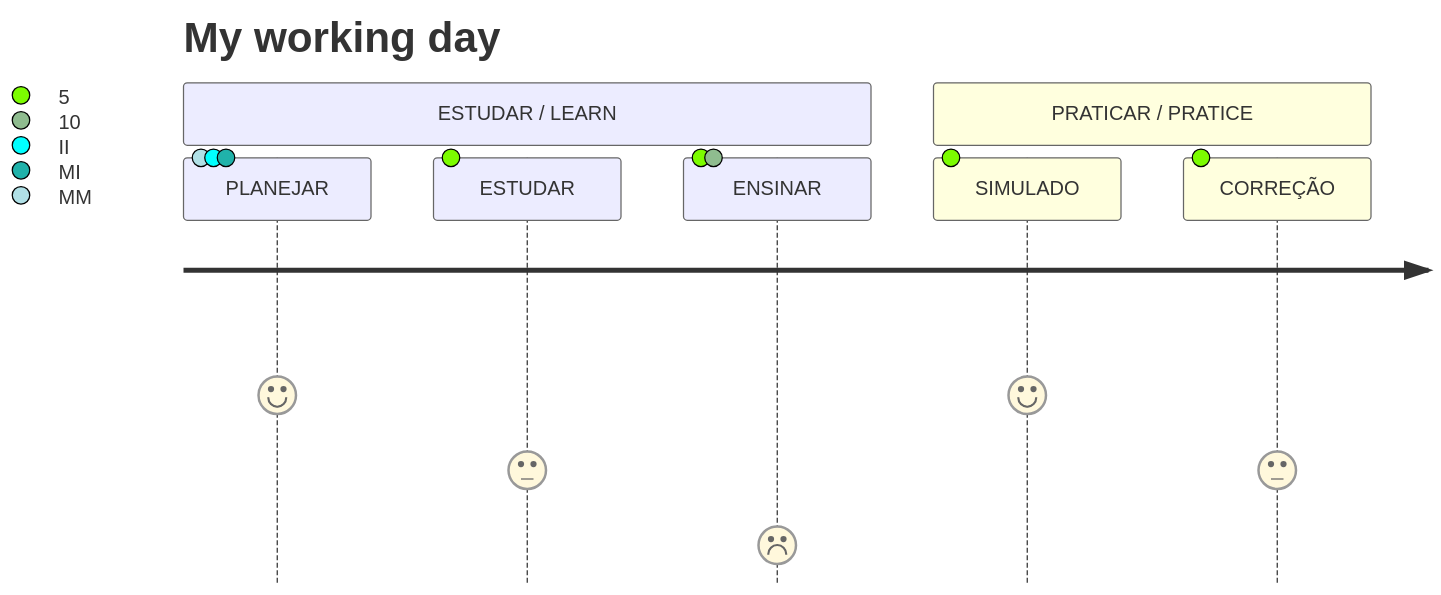
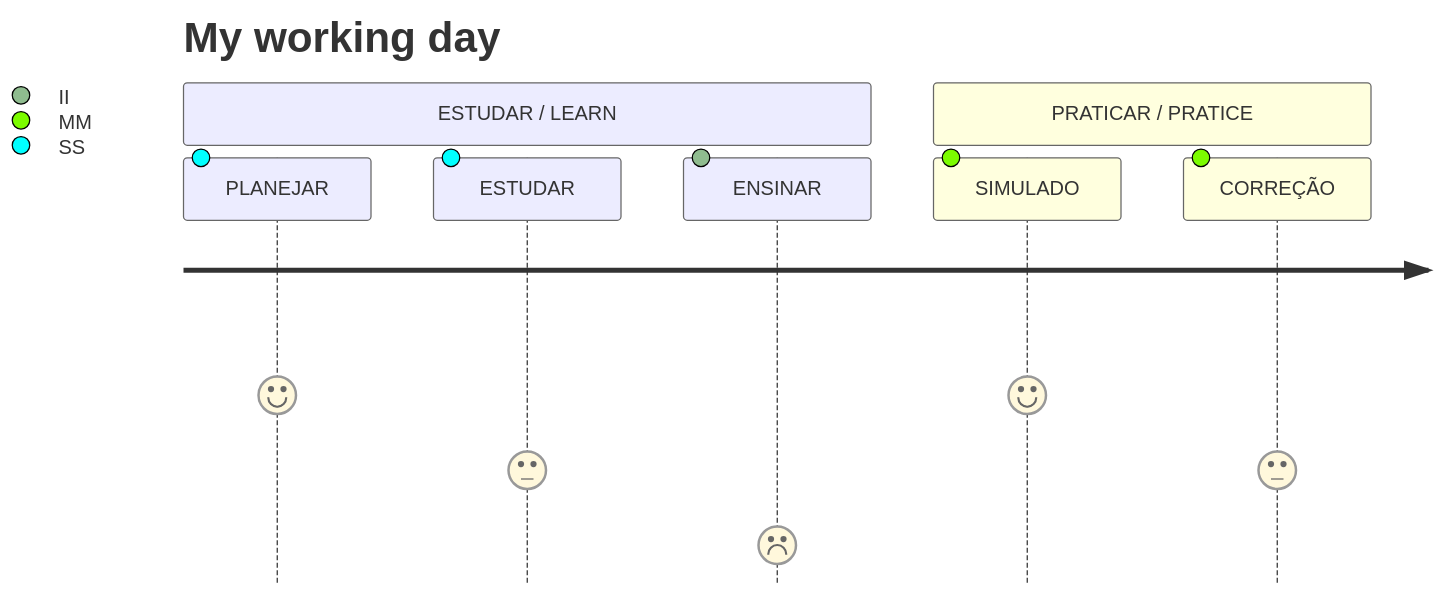
The third of 3 diagrams in readme.md (SauloCandeira/concursos), drawn with Mermaid before and after one commit.

````diff
--- a/readme.md
+++ b/readme.md
@@ -52,14 +52,14 @@
 ```mermaid
   journey
     title My working day
     
     section ESTUDAR / LEARN
-      PLANEJAR: 5: MM, II, MI
+      PLANEJAR: 5: SS
       
-      ESTUDAR: 3: 5
-      ENSINAR: 1: 5, 10
+      ESTUDAR: 3: SS
+      ENSINAR: 1: II
     
     section PRATICAR / PRATICE
-      SIMULADO: 5: 5
-      CORREÇÃO: 3: 5
+      SIMULADO: 5: MM
+      CORREÇÃO: 3: MM
 ```
````
